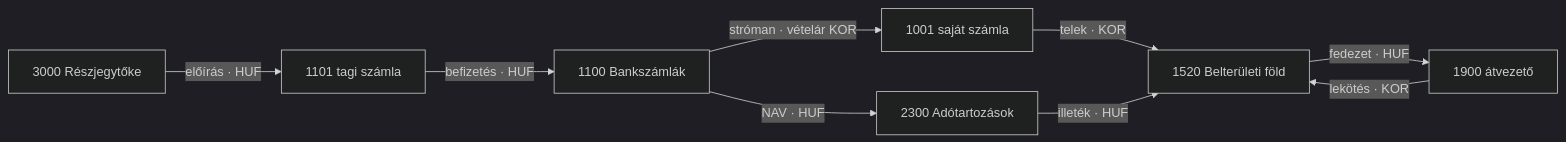
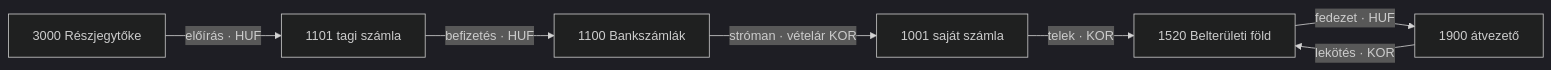
The third of 15 diagrams in docs/transaction-workflow.md (pitiboy/curr), drawn with Mermaid (dark theme) before and after one commit. The commit also changed other lines of this file and 4 other files, not shown here.

````diff
--- a/docs/transaction-workflow.md
+++ b/docs/transaction-workflow.md
@@ -235,19 +230,16 @@
 ```mermaid
 flowchart LR
   t3000["3000 Részjegytőke"]
   t1101["1101 tagi számla"]
   t1100["1100 Bankszámlák"]
   t1001["1001 saját számla"]
   t1520["1520 Belterületi föld"]
   t1900["1900 átvezető"]
-  t2300["2300 Adótartozások"]
 
   t3000 -->|"előírás · HUF"| t1101
   t1101 -->|"befizetés · HUF"| t1100
   t1100 -->|"stróman · vételár KOR"| t1001
   t1001 -->|"telek · KOR"| t1520
   t1520 -->|"fedezet · HUF"| t1900
   t1900 -->|"lekötés · KOR"| t1520
-  t2300 -->|"illeték · HUF"| t1520
-  t1100 -->|"NAV · HUF"| t2300
 ```
````
